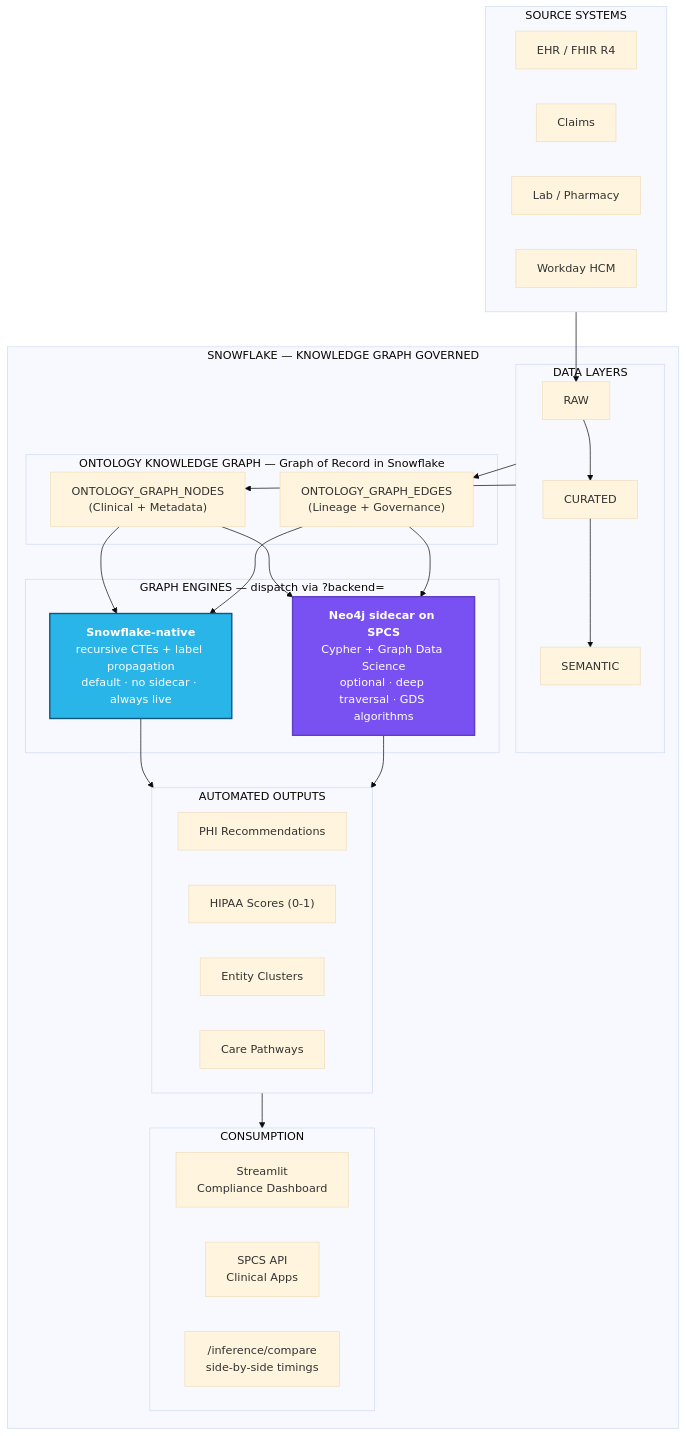
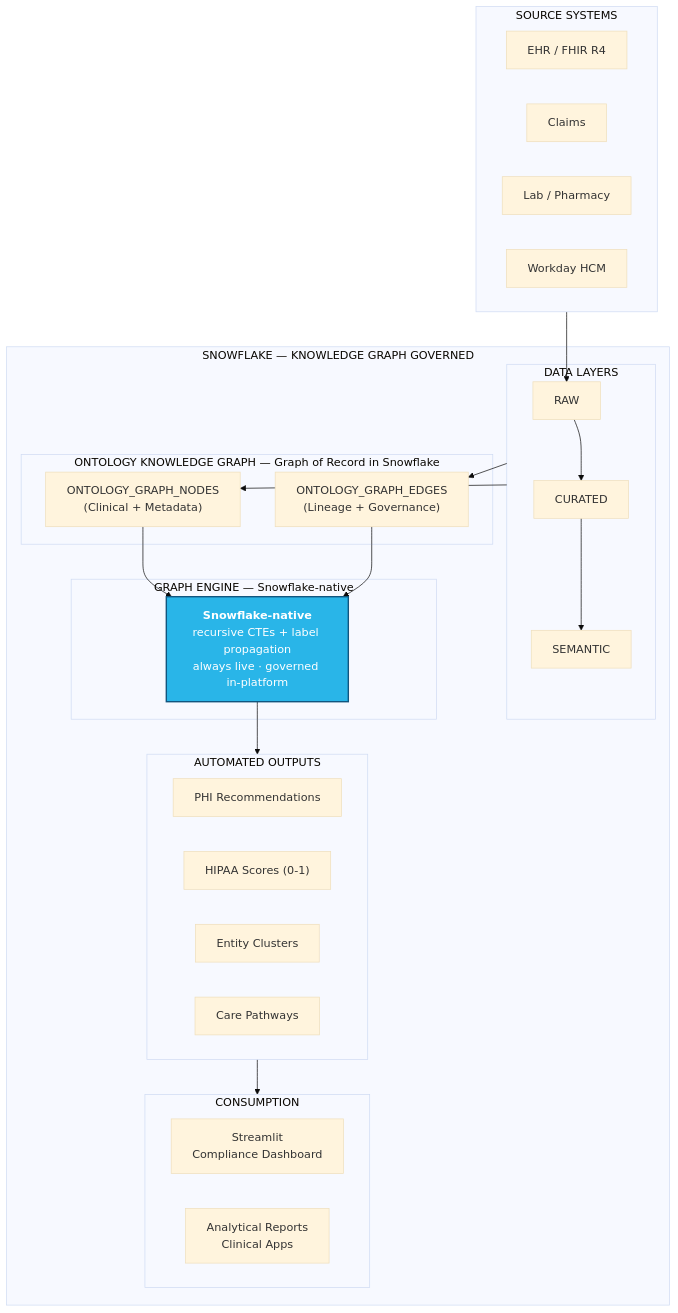
Before and after one commit to sfc-gh-smitchener-1/snowflake-dca-fullstack-demo: the second of 3 diagrams in industry-demos/hcls/ARCHITECTURE_STRATEGY.md, drawn with Mermaid (base theme). The commit also changed other lines of this file and 149 other files, not shown here.

````diff
--- a/industry-demos/hcls/ARCHITECTURE_STRATEGY.md
+++ b/industry-demos/hcls/ARCHITECTURE_STRATEGY.md
@@ -36,48 +36,41 @@
 ```mermaid
 flowchart TB
     subgraph SOURCES["SOURCE SYSTEMS"]
         EHR["EHR / FHIR R4"]
         CLAIMS["Claims"]
         LAB["Lab / Pharmacy"]
         WORKDAY["Workday HCM"]
     end
     subgraph SNOWFLAKE["SNOWFLAKE — KNOWLEDGE GRAPH GOVERNED"]
         subgraph DATA["DATA LAYERS"]
             RAW["RAW"] --> CURATED["CURATED"] --> SEMANTIC["SEMANTIC"]
         end
         subgraph GRAPH["ONTOLOGY KNOWLEDGE GRAPH — Graph of Record in Snowflake"]
             NODES["ONTOLOGY_GRAPH_NODES<br/>(Clinical + Metadata)"]
             EDGES["ONTOLOGY_GRAPH_EDGES<br/>(Lineage + Governance)"]
         end
-        subgraph ENGINES["GRAPH ENGINES — dispatch via ?backend="]
-            SF_ENG["<b>Snowflake-native</b><br/>recursive CTEs + label propagation<br/>default · no sidecar · always live"]
-            NEO_ENG["<b>Neo4j sidecar on SPCS</b><br/>Cypher + Graph Data Science<br/>optional · deep traversal · GDS algorithms"]
+        subgraph ENGINES["GRAPH ENGINE — Snowflake-native"]
+            SF_ENG["<b>Snowflake-native</b><br/>recursive CTEs + label propagation<br/>always live · governed in-platform"]
         end
         subgraph OUTPUTS["AUTOMATED OUTPUTS"]
             RECS["PHI Recommendations"]
             SCORES["HIPAA Scores (0-1)"]
             CLUSTERS["Entity Clusters"]
             PATHWAYS["Care Pathways"]
         end
         subgraph VIZ["CONSUMPTION"]
             STREAMLIT["Streamlit<br/>Compliance Dashboard"]
-            API["SPCS API<br/>Clinical Apps"]
-            COMPARE["/inference/compare<br/>side-by-side timings"]
+            REPORTS["Analytical Reports<br/>Clinical Apps"]
         end
     end
     SOURCES --> RAW
     DATA --> NODES
     DATA --> EDGES
     NODES --> SF_ENG
     EDGES --> SF_ENG
-    NODES --> NEO_ENG
-    EDGES --> NEO_ENG
     SF_ENG --> OUTPUTS
-    NEO_ENG --> OUTPUTS
     OUTPUTS --> VIZ
 
     classDef snowflake fill:#29B5E8,stroke:#11567F,color:#fff,stroke-width:2px
-    classDef graphdb fill:#7950F2,stroke:#5F3DC4,color:#fff,stroke-width:2px
     class SF_ENG snowflake
-    class NEO_ENG graphdb
 ```
````
